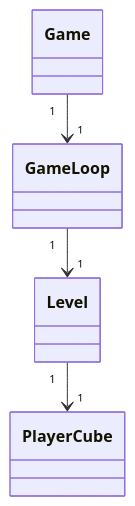
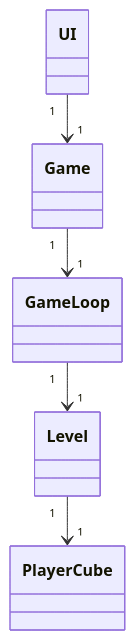
Before and after one commit to oskarruo/ot-harjoitustyo: the first of 2 diagrams in dokumentaatio/arkkitehtuuri.md, drawn with Mermaid. The commit also changed other lines of this file, not shown here.

````diff
--- a/dokumentaatio/arkkitehtuuri.md
+++ b/dokumentaatio/arkkitehtuuri.md
@@ -7,14 +7,17 @@
 ```mermaid
  classDiagram
+      UI "1" --> "1" Game
       Game "1" --> "1" GameLoop
       GameLoop "1" --> "1" Level
       Level "1" --> "1" PlayerCube
+      class UI{
+      }
       class Game{
       }
       class GameLoop{
       }
       class Level{
       }
       class PlayerCube{
       }
 ```
````
